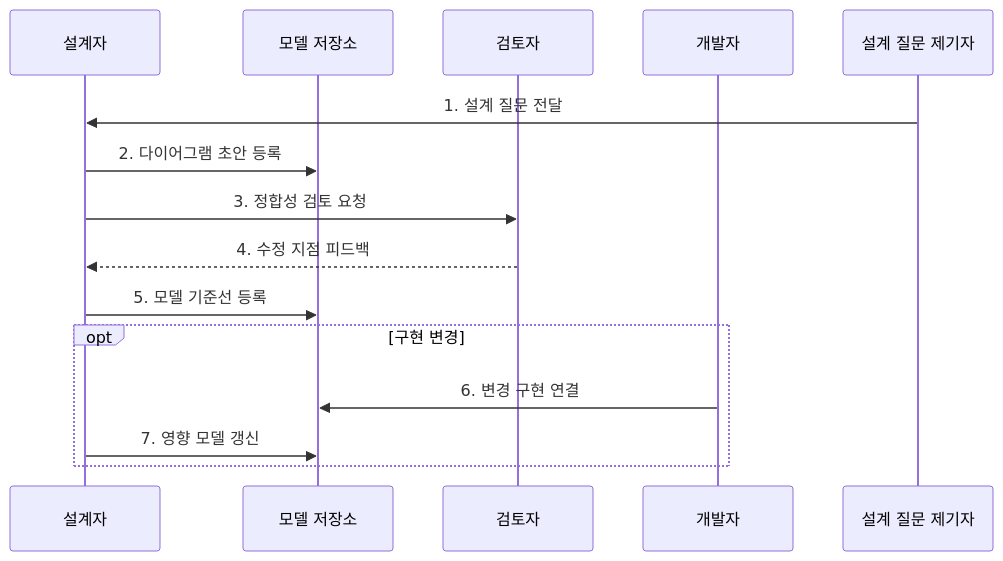
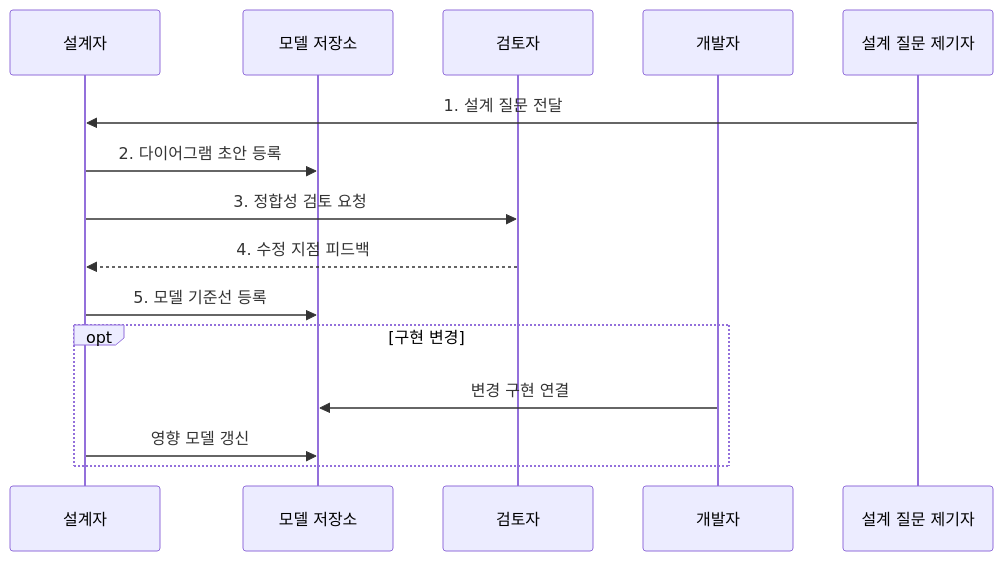
One commit to agnusdei1207/knowledge-base changed the second of 2 diagrams in src/content/docs/notes/03-software/037_uml_diagrams.md. Above: the diagram before and after it, drawn with Mermaid. The commit also changed other lines of this file and 238 other files, not shown here.

````diff
--- a/src/content/docs/notes/03-software/037_uml_diagrams.md
+++ b/src/content/docs/notes/03-software/037_uml_diagrams.md
@@ -80,17 +80,17 @@
 ```mermaid
 sequenceDiagram
     participant D as 설계자
     participant R as 모델 저장소
     participant V as 검토자
     participant P as 개발자
     participant Q as 설계 질문 제기자
     Q->>D: 1. 설계 질문 전달
     D->>R: 2. 다이어그램 초안 등록
     D->>V: 3. 정합성 검토 요청
     V-->>D: 4. 수정 지점 피드백
     D->>R: 5. 모델 기준선 등록
     opt 구현 변경
-        P->>R: 6. 변경 구현 연결
-        D->>R: 7. 영향 모델 갱신
+        P->>R: 변경 구현 연결
+        D->>R: 영향 모델 갱신
     end
 ```
````
